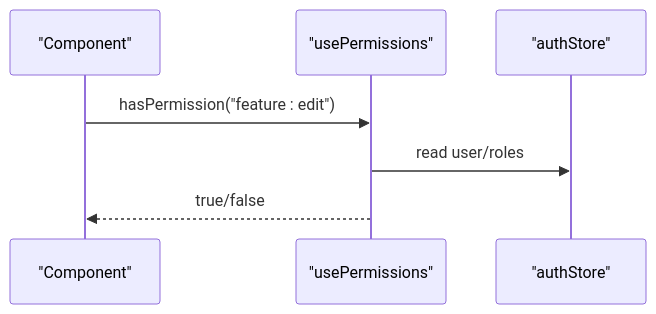
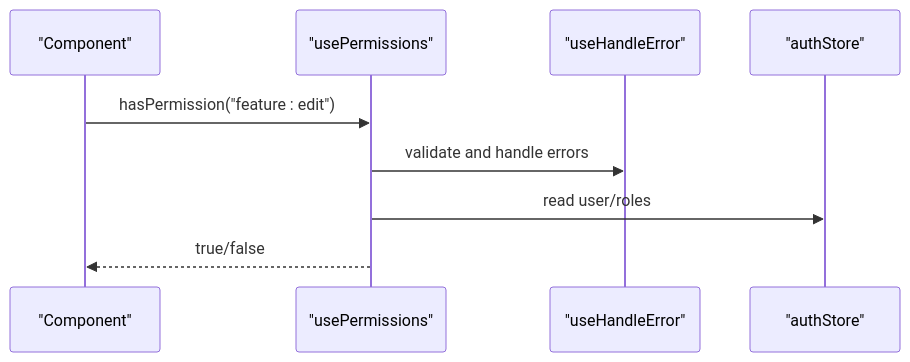
One commit to franckylab/eLISAschool changed the fourth of 6 diagrams in .qoder/repowiki/en/content/System Architecture/Frontend Architecture/State Management/Custom Hooks Patterns.md. Above: the diagram before and after it, drawn with Mermaid. The commit also changed other lines of this file and 455 other files, not shown here.

````diff
--- a/.qoder/repowiki/en/content/System Architecture/Frontend Architecture/State Management/Custom Hooks Patterns.md
+++ b/.qoder/repowiki/en/content/System Architecture/Frontend Architecture/State Management/Custom Hooks Patterns.md
@@ -254,9 +282,11 @@
 ```mermaid
 sequenceDiagram
 participant Comp as "Component"
 participant PermHook as "usePermissions"
+participant ErrorHook as "useHandleError"
 participant Store as "authStore"
 Comp->>PermHook : hasPermission("feature : edit")
+PermHook->>ErrorHook : validate and handle errors
 PermHook->>Store : read user/roles
 PermHook-->>Comp : true/false
 ```
````
